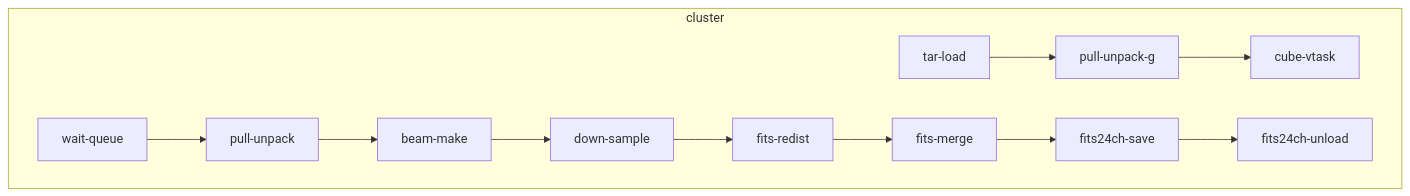
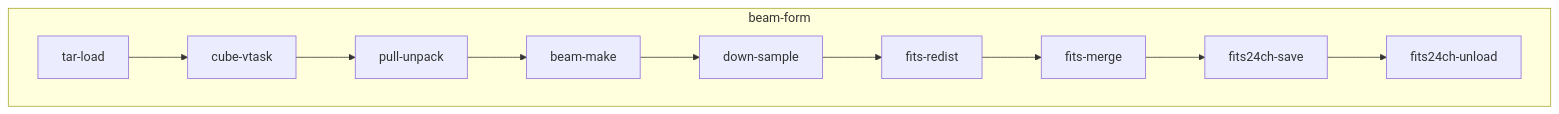
Before and after one commit to kaichao/app-mwa: the diagram in pipelines/beam-form/Design.md, drawn with Mermaid. The commit also changed other lines of this file and 16 other files, not shown here.

````diff
--- a/pipelines/beam-form/Design.md
+++ b/pipelines/beam-form/Design.md
@@ -4,14 +3,13 @@
 ```mermaid
 flowchart TD
-  subgraph cluster
-    tar-load --> pull-unpack-g
-    pull-unpack-g --> cube-vtask
-    wait-queue --> pull-unpack
+  subgraph beam-form
+    tar-load --> cube-vtask
+    cube-vtask --> pull-unpack
     pull-unpack --> beam-make
     beam-make --> down-sample
     down-sample --> fits-redist
     fits-redist --> fits-merge
     fits-merge --> fits24ch-save
     fits24ch-save --> fits24ch-unload
   end
 ```
````
